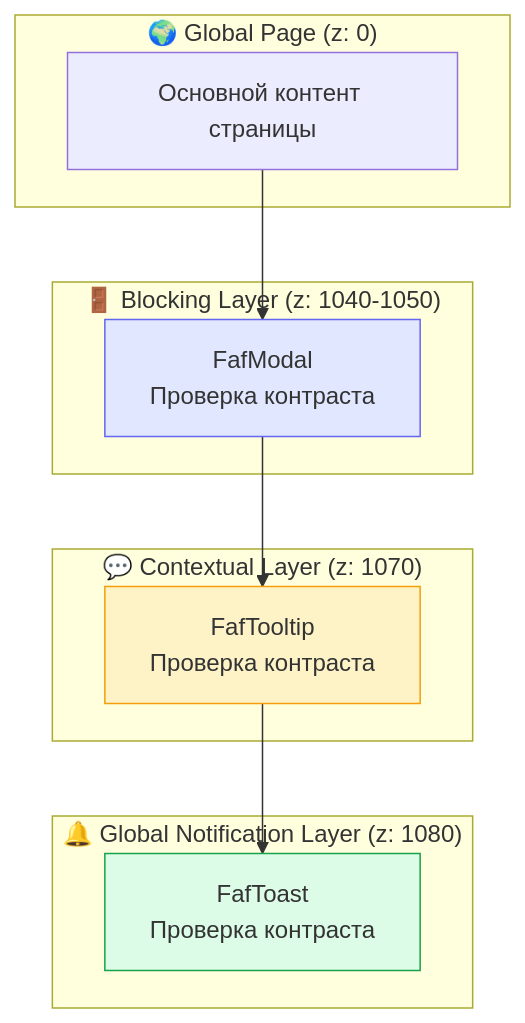
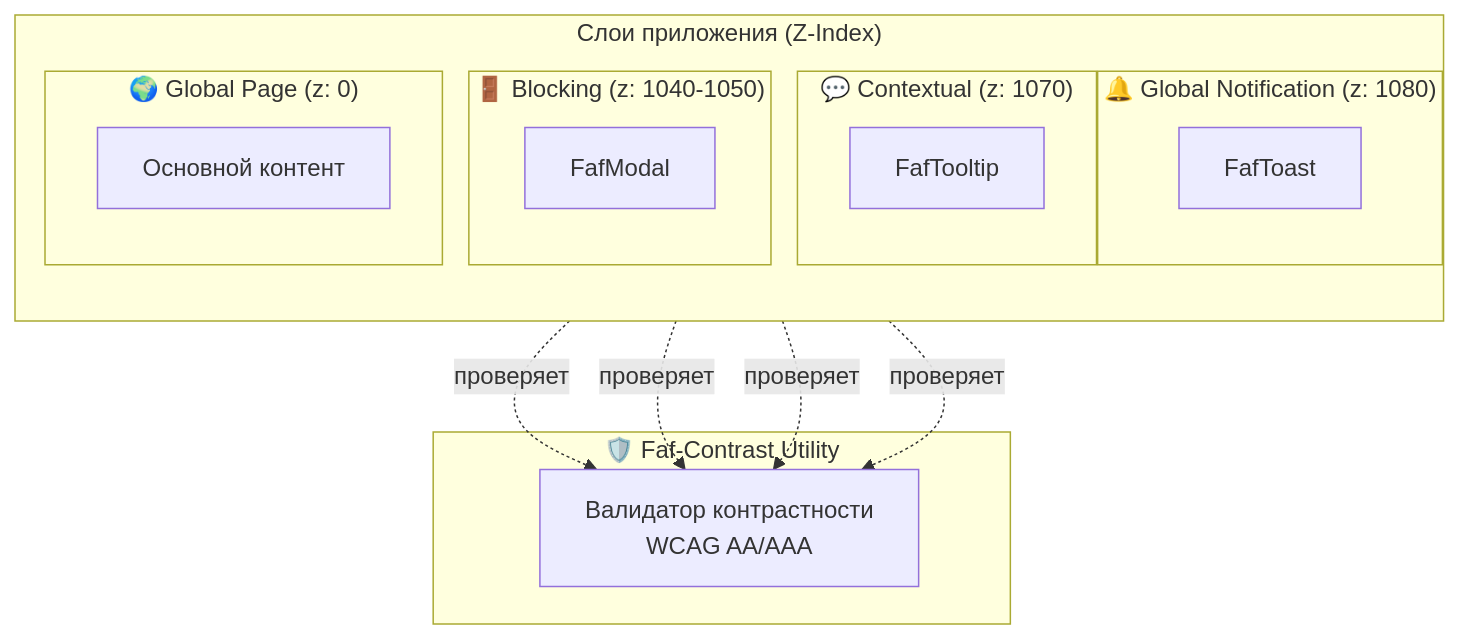
The fourth of 4 diagrams in packages/contrast/README.ru.md (Kotrecon/faf-design-system), drawn with Mermaid before and after one commit. The commit also changed other lines of this file and 17 other files, not shown here.

First line of the commit message:
feat(contrast): implement WCAG contrast validation, robust parsing, and interactive viewer

````diff
--- a/packages/contrast/README.ru.md
+++ b/packages/contrast/README.ru.md
@@ -111,19 +113,27 @@
 ```mermaid
 flowchart TD
-    subgraph "🌍 Global Page (z: 0)"
-        Content[Основной контент страницы]
+    subgraph "🛡️ Faf-Contrast Utility"
+        Checker[Валидатор контрастности<br/>WCAG AA/AAA]
     end
-    subgraph "🚪 Blocking Layer (z: 1040-1050)"
-        Modal[FafModal<br/>Проверка контраста]
+
+    subgraph "Слои приложения (Z-Index)"
+        direction TB
+        subgraph "🔔 Global Notification (z: 1080)"
+            Toast[FafToast]
+        end
+        subgraph "💬 Contextual (z: 1070)"
+            Tooltip[FafTooltip]
+        end
+        subgraph "🚪 Blocking (z: 1040-1050)"
+            Modal[FafModal]
+        end
+        subgraph "🌍 Global Page (z: 0)"
+            Content[Основной контент]
+        end
     end
-    subgraph "💬 Contextual Layer (z: 1070)"
-        Tooltip[FafTooltip<br/>Проверка контраста]
-    end
-    subgraph "🔔 Global Notification Layer (z: 1080)"
-        Toast[FafToast<br/>Проверка контраста]
-    end
-    Content --> Modal --> Tooltip --> Toast
-    style Modal fill:#e0e7ff,stroke:#6366f1
-    style Tooltip fill:#fef3c7,stroke:#f59e0b
-    style Toast fill:#dcfce7,stroke:#16a34a
+
+    Toast -.->|проверяет| Checker
+    Tooltip -.->|проверяет| Checker
+    Modal -.->|проверяет| Checker
+    Content -.->|проверяет| Checker
 ```
````
